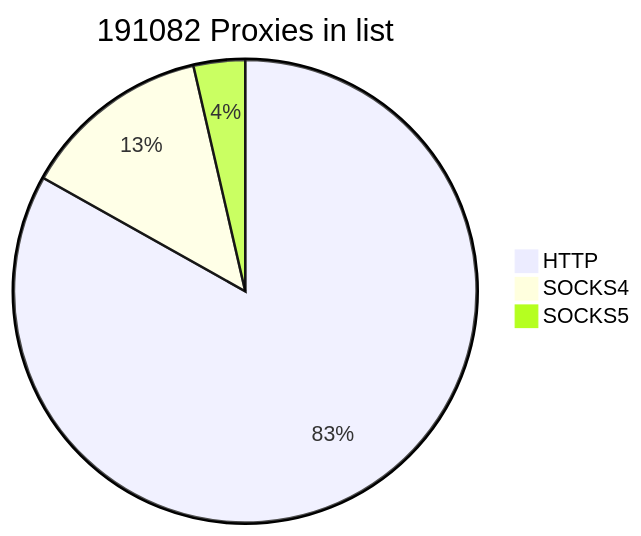
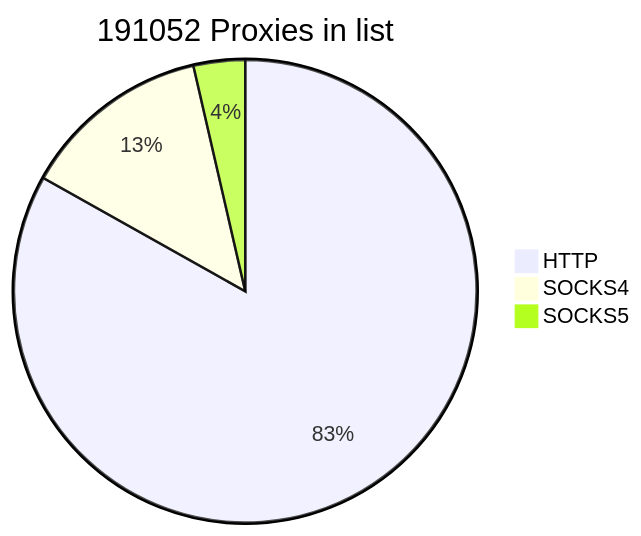
The first of 2 diagrams in README.md (cutipu/proxylist), drawn with Mermaid before and after one commit. The commit also changed other lines of this file, not shown here.

````diff
--- a/README.md
+++ b/README.md
@@ -2,7 +2,7 @@
 ```mermaid
-pie title 191082 Proxies in list
-    "HTTP" : 158860
+pie title 191052 Proxies in list
+    "HTTP" : 158830
     "SOCKS4" : 25346
     "SOCKS5" : 6876
             
 ```
````
